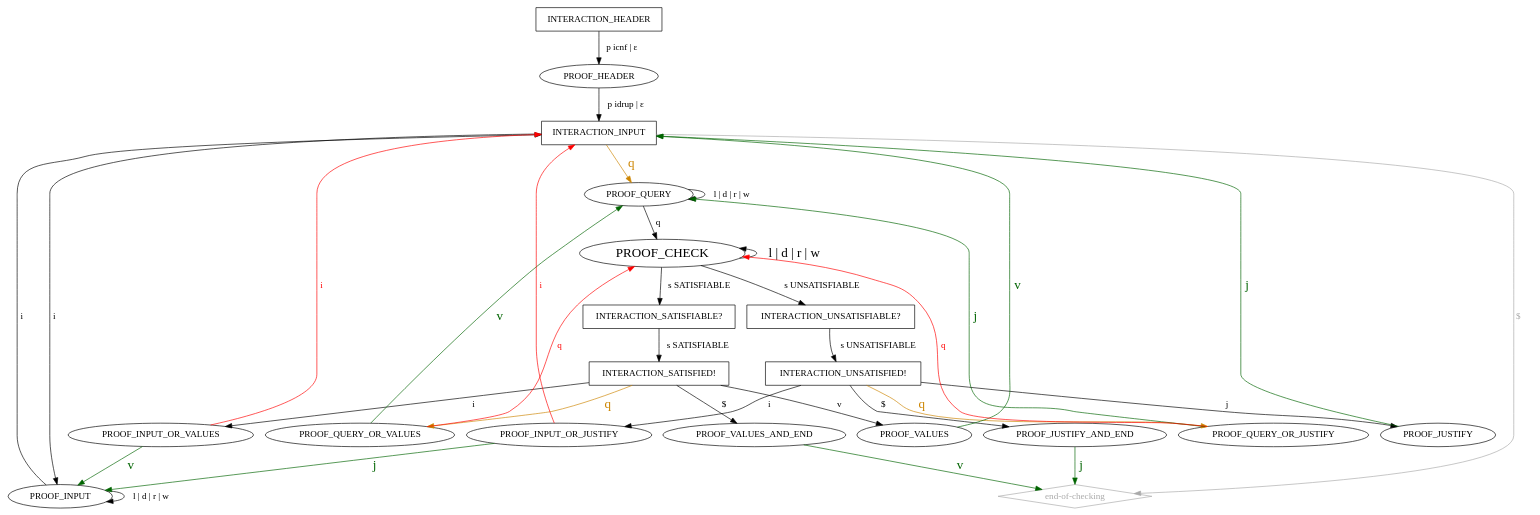
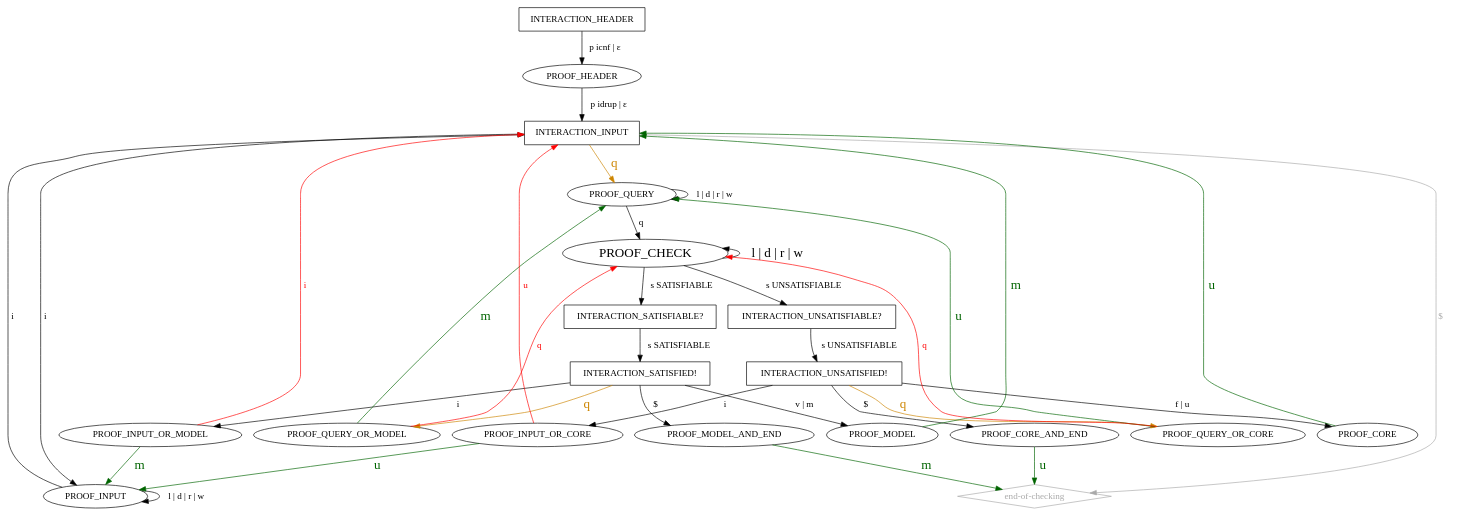
One commit to arminbiere/lidrup-check changed the diagram in idrup-check-relaxed.dot. Above: the diagram before and after it, drawn with Graphviz. The commit also changed 8 other files, not shown here.

```diff
--- a/idrup-check-relaxed.dot
+++ b/idrup-check-relaxed.dot
@@ -1,60 +1,60 @@
 digraph "idrup-check" {
 
   INTERACTION_HEADER [shape=box];
   INTERACTION_HEADER -> PROOF_HEADER [label=" p icnf | ε "];
   PROOF_HEADER -> INTERACTION_INPUT [label=" p idrup | ε "];
 
   "end-of-checking" [shape=diamond,color=darkgray,fontcolor=darkgray];
   "end-of-checking" -> INTERACTION_INPUT [label="$    ",dir=back,color=darkgray,fontcolor=darkgray];
 
   INTERACTION_INPUT [shape=box];
   INTERACTION_INPUT -> PROOF_INPUT [label=" i "];
   INTERACTION_INPUT -> PROOF_QUERY [label=" q ",color=orange3,fontsize=20,fontcolor=orange3];
 
   PROOF_INPUT -> INTERACTION_INPUT [label=" i "];
   PROOF_INPUT -> PROOF_INPUT [label=" l | d | r | w "];
 
   PROOF_QUERY -> PROOF_CHECK [label=" q "];
   PROOF_QUERY -> PROOF_QUERY [label=" l | d | r | w "];
 
   PROOF_CHECK [fontsize=20];
   PROOF_CHECK -> PROOF_CHECK [label=" l | d | r | w ",dir=back,fontsize=20];
   PROOF_CHECK -> INTERACTION_SATISFIABLE [label=" s SATISFIABLE "];
   PROOF_CHECK -> INTERACTION_UNSATISFIABLE [label=" s UNSATISFIABLE "];
 
   INTERACTION_UNSATISFIABLE [shape="box",label="INTERACTION_UNSATISFIABLE?"];
   INTERACTION_UNSATISFIABLE -> INTERACTION_UNSATISFIED [label=" s UNSATISFIABLE "];
 
   INTERACTION_SATISFIABLE [shape="box",label="INTERACTION_SATISFIABLE?"];
   INTERACTION_SATISFIABLE -> INTERACTION_SATISFIED [label=" s SATISFIABLE "];
 
   INTERACTION_SATISFIED [shape=box,label="INTERACTION_SATISFIED!"];
-  INTERACTION_SATISFIED -> PROOF_VALUES [label=" v "];
-  INTERACTION_SATISFIED -> PROOF_INPUT_OR_VALUES [label=" i "];
-  INTERACTION_SATISFIED -> PROOF_QUERY_OR_VALUES [label=" q ", color=orange3,fontsize=20,fontcolor=orange3];
-  INTERACTION_SATISFIED -> PROOF_VALUES_AND_END [label=" $ "];
+  INTERACTION_SATISFIED -> PROOF_MODEL [label=" v | m "];
+  INTERACTION_SATISFIED -> PROOF_INPUT_OR_MODEL [label=" i "];
+  INTERACTION_SATISFIED -> PROOF_QUERY_OR_MODEL [label=" q ", color=orange3,fontsize=20,fontcolor=orange3];
+  INTERACTION_SATISFIED -> PROOF_MODEL_AND_END [label=" $ "];
 
   INTERACTION_UNSATISFIED [shape=box,label="INTERACTION_UNSATISFIED!"];
-  INTERACTION_UNSATISFIED -> PROOF_JUSTIFY [label=" j "];
-  INTERACTION_UNSATISFIED -> PROOF_INPUT_OR_JUSTIFY [label=" i "];
-  INTERACTION_UNSATISFIED -> PROOF_QUERY_OR_JUSTIFY [label=" q ",color=orange3,fontsize=20,fontcolor=orange3];
-  INTERACTION_UNSATISFIED -> PROOF_JUSTIFY_AND_END [label=" $ "];
+  INTERACTION_UNSATISFIED -> PROOF_CORE [label=" f | u "];
+  INTERACTION_UNSATISFIED -> PROOF_INPUT_OR_CORE [label=" i "];
+  INTERACTION_UNSATISFIED -> PROOF_QUERY_OR_CORE [label=" q ",color=orange3,fontsize=20,fontcolor=orange3];
+  INTERACTION_UNSATISFIED -> PROOF_CORE_AND_END [label=" $ "];
 
-  PROOF_VALUES_AND_END -> "end-of-checking" [label=" v ",color=darkgreen,fontsize=20,fontcolor=darkgreen];
-  PROOF_JUSTIFY_AND_END -> "end-of-checking" [label=" j ",color=darkgreen,fontsize=20,fontcolor=darkgreen];
+  PROOF_MODEL_AND_END -> "end-of-checking" [label=" m ",color=darkgreen,fontsize=20,fontcolor=darkgreen];
+  PROOF_CORE_AND_END -> "end-of-checking" [label=" u ",color=darkgreen,fontsize=20,fontcolor=darkgreen];
 
-  PROOF_VALUES -> INTERACTION_INPUT [label=" v ",color=darkgreen,fontsize=20,fontcolor=darkgreen];
-  PROOF_JUSTIFY -> INTERACTION_INPUT [label=" j ",color=darkgreen,fontsize=20,fontcolor=darkgreen];
+  PROOF_MODEL -> INTERACTION_INPUT [label=" m ",color=darkgreen,fontsize=20,fontcolor=darkgreen];
+  PROOF_CORE -> INTERACTION_INPUT [label=" u ",color=darkgreen,fontsize=20,fontcolor=darkgreen];
 
-  PROOF_INPUT_OR_VALUES -> INTERACTION_INPUT [label=" i ",color=red,fontcolor=red];
-  PROOF_INPUT_OR_VALUES -> PROOF_INPUT [label=" v ", color=darkgreen,fontcolor=darkgreen,fontsize=20];
+  PROOF_INPUT_OR_MODEL -> INTERACTION_INPUT [label=" i ",color=red,fontcolor=red];
+  PROOF_INPUT_OR_MODEL -> PROOF_INPUT [label=" m ", color=darkgreen,fontcolor=darkgreen,fontsize=20];
 
-  PROOF_QUERY_OR_VALUES -> PROOF_QUERY [label=" v ",color=darkgreen,fontcolor=darkgreen,fontsize=20];
-  PROOF_QUERY_OR_VALUES -> PROOF_CHECK [label=" q ",color=red,fontcolor=red];
+  PROOF_QUERY_OR_MODEL -> PROOF_QUERY [label=" m ",color=darkgreen,fontcolor=darkgreen,fontsize=20];
+  PROOF_QUERY_OR_MODEL -> PROOF_CHECK [label=" q ",color=red,fontcolor=red];
 
-  PROOF_QUERY_OR_JUSTIFY -> PROOF_QUERY [label=" j ",color=darkgreen,fontcolor=darkgreen,fontsize=20];
-  PROOF_QUERY_OR_JUSTIFY -> PROOF_CHECK [label=" q ",color=red,fontcolor=red];
+  PROOF_QUERY_OR_CORE -> PROOF_QUERY [label=" u ",color=darkgreen,fontcolor=darkgreen,fontsize=20];
+  PROOF_QUERY_OR_CORE -> PROOF_CHECK [label=" q ",color=red,fontcolor=red];
 
-  PROOF_INPUT_OR_JUSTIFY -> PROOF_INPUT [label=" j ",color=darkgreen,fontcolor=darkgreen,fontsize=20];
-  PROOF_INPUT_OR_JUSTIFY -> INTERACTION_INPUT [label=" i ",color=red,fontcolor=red];
+  PROOF_INPUT_OR_CORE -> PROOF_INPUT [label=" u ",color=darkgreen,fontcolor=darkgreen,fontsize=20];
+  PROOF_INPUT_OR_CORE -> INTERACTION_INPUT [label=" u ",color=red,fontcolor=red];
 }
```
